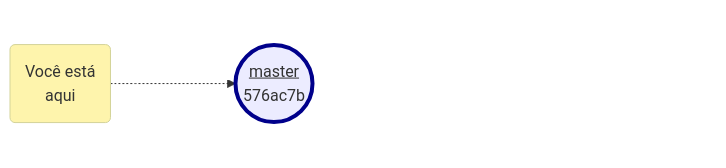
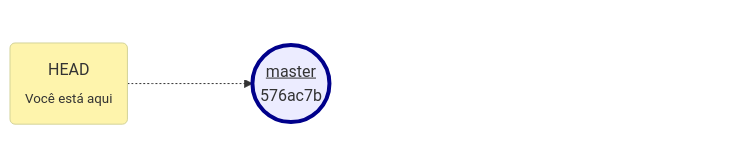
The second of 6 diagrams in git/courses/rbtech/lessons/lang/pt/lesson-5.pt.md (yxuo/learning), drawn with Mermaid before and after one commit. The commit also changed other lines of this file, not shown here.

````diff
--- a/git/courses/rbtech/lessons/lang/pt/lesson-5.pt.md
+++ b/git/courses/rbtech/lessons/lang/pt/lesson-5.pt.md
@@ -159,16 +161,16 @@
 ```mermaid
 flowchart LR
 subgraph L1[" "]
 a(("<u>master</u><br>576ac7b"))---b(("9a48e92"))---c(("f3661c8"))---d(("abe667b"))
 end
-N("Você está<br>aqui") -..-> a
+N("HEAD<br><sub>Você está aqui") -..-> a
 
 style L1 fill: transparent, stroke: transparent
 style N fill:#fef4ac, stroke:#d3d398
 style a stroke:darkblue, stroke-width: 4px
 style b stroke-width: 0, fill: transparent,color: transparent
 style c stroke-width: 0, fill: transparent,color: transparent
 style d stroke-width: 0, fill: transparent,color: transparent
 
 linkStyle 0,1,2 stroke: transparent
 ```
````
